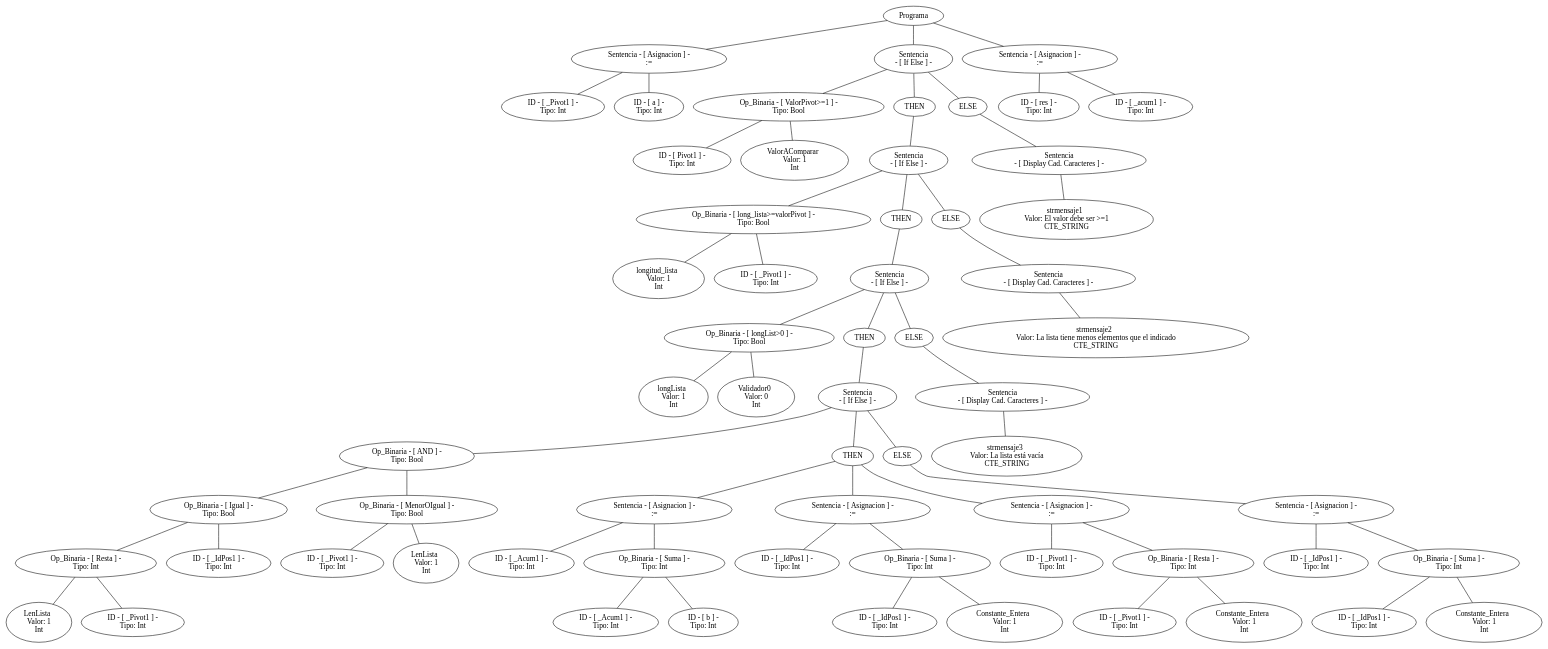
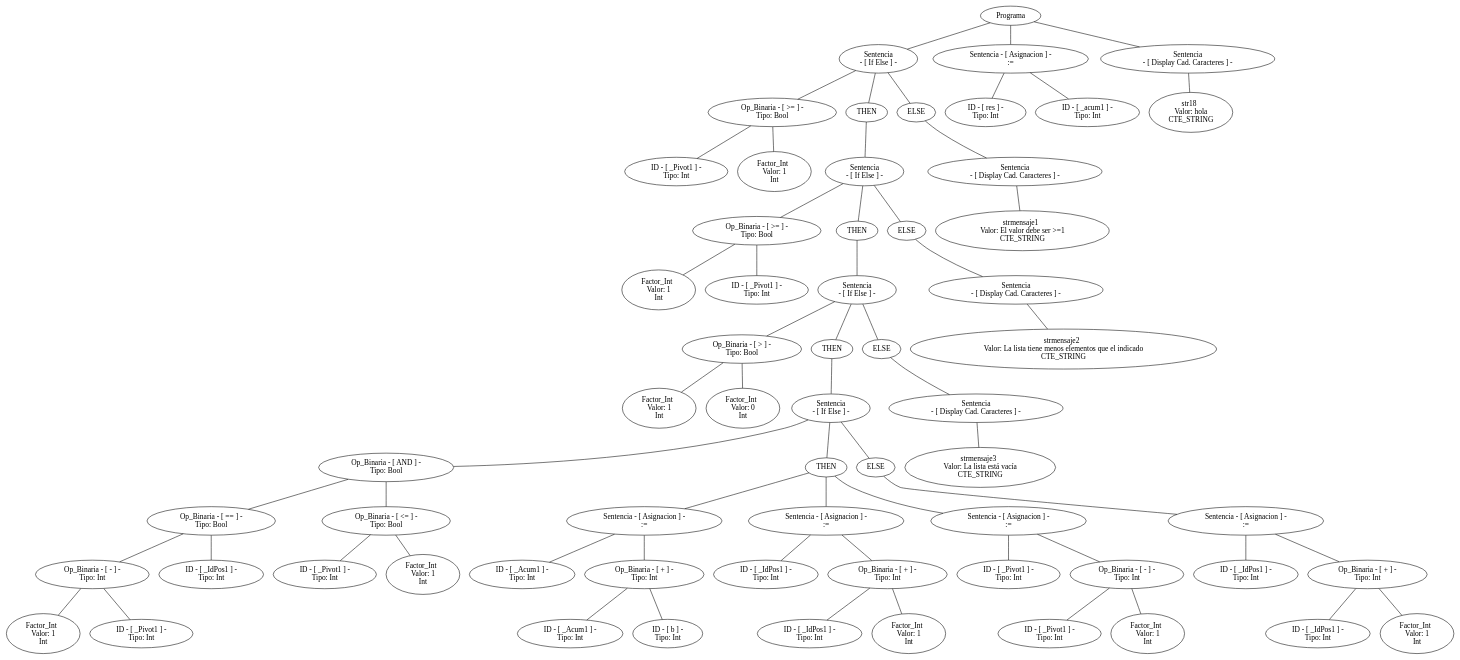
One commit to SantiPerez17/Compiladores changed the diagram in arbol.dot. Above: the diagram before and after it, drawn with Graphviz. The commit also changed 11 other files, not shown here.

```diff
--- a/arbol.dot
+++ b/arbol.dot
@@ -1,192 +1,190 @@
 graph G {nodo_programa[label="Programa"]
-nodo_896268159[label="Sentencia - [ Asignacion ] -
- :="]
-nodo_programa--nodo_896268159
-nodo_1150370672[label=" ID - [ _Pivot1 ] - 
+nodo_1452793849[label="Sentencia
+ - [ If Else ] -"]
+nodo_programa--nodo_1452793849
+nodo_354334149[label=" Op_Binaria - [ >= ] - 
+ Tipo: Bool"]
+nodo_1452793849--nodo_354334149
+nodo_362329660[label=" ID - [ _Pivot1 ] - 
  Tipo: Int"]
-nodo_896268159--nodo_1150370672
-nodo_1552440805[label=" ID - [ a ] - 
- Tipo: Int"]
-nodo_896268159--nodo_1552440805
-nodo_1806417579[label="Sentencia
- - [ If Else ] -"]
-nodo_programa--nodo_1806417579
-nodo_921042101[label=" Op_Binaria - [ ValorPivot>=1 ] - 
- Tipo: Bool"]
-nodo_1806417579--nodo_921042101
-nodo_1558127897[label=" ID - [ Pivot1 ] - 
- Tipo: Int"]
-nodo_921042101--nodo_1558127897
-nodo_303789873[label="ValorAComparar  
+nodo_354334149--nodo_362329660
+nodo_1794497451[label="Factor_Int  
  Valor: 1 
 Int"]
-nodo_921042101--nodo_303789873
-nodo_18064175791[label="THEN"]
-nodo_1806417579--nodo_18064175791
-nodo_619961663[label="Sentencia
+nodo_354334149--nodo_1794497451
+nodo_14527938491[label="THEN"]
+nodo_1452793849--nodo_14527938491
+nodo_49654043[label="Sentencia
  - [ If Else ] -"]
-nodo_18064175791--nodo_619961663
-nodo_1038781760[label=" Op_Binaria - [ long_lista>=valorPivot ] - 
+nodo_14527938491--nodo_49654043
+nodo_1646625821[label=" Op_Binaria - [ >= ] - 
  Tipo: Bool"]
-nodo_619961663--nodo_1038781760
-nodo_406360073[label="longitud_lista  
+nodo_49654043--nodo_1646625821
+nodo_853342003[label="Factor_Int  
  Valor: 1 
 Int"]
-nodo_1038781760--nodo_406360073
-nodo_1372835520[label=" ID - [ _Pivot1 ] - 
+nodo_1646625821--nodo_853342003
+nodo_1982876224[label=" ID - [ _Pivot1 ] - 
  Tipo: Int"]
-nodo_1038781760--nodo_1372835520
-nodo_6199616631[label="THEN"]
-nodo_619961663--nodo_6199616631
-nodo_1802763232[label="Sentencia
+nodo_1646625821--nodo_1982876224
+nodo_496540431[label="THEN"]
+nodo_49654043--nodo_496540431
+nodo_1495435500[label="Sentencia
  - [ If Else ] -"]
-nodo_6199616631--nodo_1802763232
-nodo_43707203[label=" Op_Binaria - [ longList>0 ] - 
+nodo_496540431--nodo_1495435500
+nodo_392821433[label=" Op_Binaria - [ > ] - 
  Tipo: Bool"]
-nodo_1802763232--nodo_43707203
-nodo_1593744321[label="longLista  
+nodo_1495435500--nodo_392821433
+nodo_1113186824[label="Factor_Int  
  Valor: 1 
 Int"]
-nodo_43707203--nodo_1593744321
-nodo_294976272[label="Validador0  
+nodo_392821433--nodo_1113186824
+nodo_919589449[label="Factor_Int  
  Valor: 0 
 Int"]
-nodo_43707203--nodo_294976272
-nodo_18027632321[label="THEN"]
-nodo_1802763232--nodo_18027632321
-nodo_1699528249[label="Sentencia
+nodo_392821433--nodo_919589449
+nodo_14954355001[label="THEN"]
+nodo_1495435500--nodo_14954355001
+nodo_2070370708[label="Sentencia
  - [ If Else ] -"]
-nodo_18027632321--nodo_1699528249
-nodo_819564832[label=" Op_Binaria - [ AND ] - 
+nodo_14954355001--nodo_2070370708
+nodo_587450483[label=" Op_Binaria - [ AND ] - 
  Tipo: Bool"]
-nodo_1699528249--nodo_819564832
-nodo_441660521[label=" Op_Binaria - [ Igual ] - 
+nodo_2070370708--nodo_587450483
+nodo_776415161[label=" Op_Binaria - [ == ] - 
  Tipo: Bool"]
-nodo_819564832--nodo_441660521
-nodo_740884552[label=" Op_Binaria - [ Resta ] - 
+nodo_587450483--nodo_776415161
+nodo_1716708770[label=" Op_Binaria - [ - ] - 
  Tipo: Int"]
-nodo_441660521--nodo_740884552
-nodo_739561090[label="LenLista  
+nodo_776415161--nodo_1716708770
+nodo_658029317[label="Factor_Int  
  Valor: 1 
 Int"]
-nodo_740884552--nodo_739561090
-nodo_1345854129[label=" ID - [ _Pivot1 ] - 
+nodo_1716708770--nodo_658029317
+nodo_440778689[label=" ID - [ _Pivot1 ] - 
  Tipo: Int"]
-nodo_740884552--nodo_1345854129
-nodo_1397460131[label=" ID - [ _IdPos1 ] - 
+nodo_1716708770--nodo_440778689
+nodo_220740063[label=" ID - [ _IdPos1 ] - 
  Tipo: Int"]
-nodo_441660521--nodo_1397460131
-nodo_923069890[label=" Op_Binaria - [ MenorOIgual ] - 
+nodo_776415161--nodo_220740063
+nodo_2091295277[label=" Op_Binaria - [ <= ] - 
  Tipo: Bool"]
-nodo_819564832--nodo_923069890
-nodo_1030641022[label=" ID - [ _Pivot1 ] - 
+nodo_587450483--nodo_2091295277
+nodo_505732655[label=" ID - [ _Pivot1 ] - 
  Tipo: Int"]
-nodo_923069890--nodo_1030641022
-nodo_764620272[label="LenLista  
+nodo_2091295277--nodo_505732655
+nodo_690540957[label="Factor_Int  
  Valor: 1 
 Int"]
-nodo_923069890--nodo_764620272
-nodo_16995282491[label="THEN"]
-nodo_1699528249--nodo_16995282491
-nodo_582128245[label="Sentencia - [ Asignacion ] -
+nodo_2091295277--nodo_690540957
+nodo_20703707081[label="THEN"]
+nodo_2070370708--nodo_20703707081
+nodo_1694688166[label="Sentencia - [ Asignacion ] -
  :="]
-nodo_16995282491--nodo_582128245
-nodo_851968284[label=" ID - [ _Acum1 ] - 
+nodo_20703707081--nodo_1694688166
+nodo_754750177[label=" ID - [ _Acum1 ] - 
  Tipo: Int"]
-nodo_582128245--nodo_851968284
-nodo_2101503902[label=" Op_Binaria - [ Suma ] - 
+nodo_1694688166--nodo_754750177
+nodo_336717047[label=" Op_Binaria - [ + ] - 
  Tipo: Int"]
-nodo_582128245--nodo_2101503902
-nodo_1225406827[label=" ID - [ _Acum1 ] - 
+nodo_1694688166--nodo_336717047
+nodo_2069527505[label=" ID - [ _Acum1 ] - 
  Tipo: Int"]
-nodo_2101503902--nodo_1225406827
-nodo_1758605154[label=" ID - [ b ] - 
+nodo_336717047--nodo_2069527505
+nodo_821037884[label=" ID - [ b ] - 
  Tipo: Int"]
-nodo_2101503902--nodo_1758605154
-nodo_2141010693[label="Sentencia - [ Asignacion ] -
+nodo_336717047--nodo_821037884
+nodo_154642639[label="Sentencia - [ Asignacion ] -
  :="]
-nodo_16995282491--nodo_2141010693
-nodo_221189387[label=" ID - [ _IdPos1 ] - 
+nodo_20703707081--nodo_154642639
+nodo_1100236946[label=" ID - [ _IdPos1 ] - 
  Tipo: Int"]
-nodo_2141010693--nodo_221189387
-nodo_1665138087[label=" Op_Binaria - [ Suma ] - 
+nodo_154642639--nodo_1100236946
+nodo_1513695755[label=" Op_Binaria - [ + ] - 
  Tipo: Int"]
-nodo_2141010693--nodo_1665138087
-nodo_2070303178[label=" ID - [ _IdPos1 ] - 
+nodo_154642639--nodo_1513695755
+nodo_1922385518[label=" ID - [ _IdPos1 ] - 
  Tipo: Int"]
-nodo_1665138087--nodo_2070303178
-nodo_1840584880[label="Constante_Entera  
+nodo_1513695755--nodo_1922385518
+nodo_1188100387[label="Factor_Int  
  Valor: 1 
 Int"]
-nodo_1665138087--nodo_1840584880
-nodo_407363392[label="Sentencia - [ Asignacion ] -
+nodo_1513695755--nodo_1188100387
+nodo_635693491[label="Sentencia - [ Asignacion ] -
  :="]
-nodo_16995282491--nodo_407363392
-nodo_67750698[label=" ID - [ _Pivot1 ] - 
+nodo_20703707081--nodo_635693491
+nodo_916059766[label=" ID - [ _Pivot1 ] - 
  Tipo: Int"]
-nodo_407363392--nodo_67750698
-nodo_1294479968[label=" Op_Binaria - [ Resta ] - 
+nodo_635693491--nodo_916059766
+nodo_1852268797[label=" Op_Binaria - [ - ] - 
  Tipo: Int"]
-nodo_407363392--nodo_1294479968
-nodo_144561133[label=" ID - [ _Pivot1 ] - 
+nodo_635693491--nodo_1852268797
+nodo_792696307[label=" ID - [ _Pivot1 ] - 
  Tipo: Int"]
-nodo_1294479968--nodo_144561133
-nodo_772186209[label="Constante_Entera  
+nodo_1852268797--nodo_792696307
+nodo_363548630[label="Factor_Int  
  Valor: 1 
 Int"]
-nodo_1294479968--nodo_772186209
-nodo_16995282492[label="ELSE"]
-nodo_1699528249--nodo_16995282492
-nodo_1687977488[label="Sentencia - [ Asignacion ] -
+nodo_1852268797--nodo_363548630
+nodo_20703707082[label="ELSE"]
+nodo_2070370708--nodo_20703707082
+nodo_1819812179[label="Sentencia - [ Asignacion ] -
  :="]
-nodo_16995282492--nodo_1687977488
-nodo_1747712977[label=" ID - [ _IdPos1 ] - 
+nodo_20703707082--nodo_1819812179
+nodo_961402025[label=" ID - [ _IdPos1 ] - 
  Tipo: Int"]
-nodo_1687977488--nodo_1747712977
-nodo_240078722[label=" Op_Binaria - [ Suma ] - 
+nodo_1819812179--nodo_961402025
+nodo_1779326590[label=" Op_Binaria - [ + ] - 
  Tipo: Int"]
-nodo_1687977488--nodo_240078722
-nodo_366076802[label=" ID - [ _IdPos1 ] - 
+nodo_1819812179--nodo_1779326590
+nodo_630487318[label=" ID - [ _IdPos1 ] - 
  Tipo: Int"]
-nodo_240078722--nodo_366076802
-nodo_305816534[label="Constante_Entera  
+nodo_1779326590--nodo_630487318
+nodo_147568206[label="Factor_Int  
  Valor: 1 
 Int"]
-nodo_240078722--nodo_305816534
-nodo_18027632322[label="ELSE"]
-nodo_1802763232--nodo_18027632322
-nodo_637069107[label="Sentencia
+nodo_1779326590--nodo_147568206
+nodo_14954355002[label="ELSE"]
+nodo_1495435500--nodo_14954355002
+nodo_1609876322[label="Sentencia
  - [ Display Cad. Caracteres ] -"]
-nodo_18027632322--nodo_637069107
-nodo_1371508561[label="strmensaje3  
+nodo_14954355002--nodo_1609876322
+nodo_1192332108[label="strmensaje3  
  Valor: La lista está vacía 
 CTE_STRING"]
-nodo_637069107--nodo_1371508561
-nodo_6199616632[label="ELSE"]
-nodo_619961663--nodo_6199616632
-nodo_1265154839[label="Sentencia
+nodo_1609876322--nodo_1192332108
+nodo_496540432[label="ELSE"]
+nodo_49654043--nodo_496540432
+nodo_1103824497[label="Sentencia
  - [ Display Cad. Caracteres ] -"]
-nodo_6199616632--nodo_1265154839
-nodo_177030527[label="strmensaje2  
+nodo_496540432--nodo_1103824497
+nodo_350728640[label="strmensaje2  
  Valor: La lista tiene menos elementos que el indicado 
 CTE_STRING"]
-nodo_1265154839--nodo_177030527
-nodo_18064175792[label="ELSE"]
-nodo_1806417579--nodo_18064175792
-nodo_1756293730[label="Sentencia
+nodo_1103824497--nodo_350728640
+nodo_14527938492[label="ELSE"]
+nodo_1452793849--nodo_14527938492
+nodo_1836158957[label="Sentencia
  - [ Display Cad. Caracteres ] -"]
-nodo_18064175792--nodo_1756293730
-nodo_1170613537[label="strmensaje1  
+nodo_14527938492--nodo_1836158957
+nodo_644948708[label="strmensaje1  
  Valor: El valor debe ser >=1 
 CTE_STRING"]
-nodo_1756293730--nodo_1170613537
-nodo_1072397057[label="Sentencia - [ Asignacion ] -
+nodo_1836158957--nodo_644948708
+nodo_1707355582[label="Sentencia - [ Asignacion ] -
  :="]
-nodo_programa--nodo_1072397057
-nodo_1266192013[label=" ID - [ res ] - 
+nodo_programa--nodo_1707355582
+nodo_1066422485[label=" ID - [ res ] - 
  Tipo: Int"]
-nodo_1072397057--nodo_1266192013
-nodo_725519392[label=" ID - [ _acum1 ] - 
+nodo_1707355582--nodo_1066422485
+nodo_382766934[label=" ID - [ _acum1 ] - 
  Tipo: Int"]
-nodo_1072397057--nodo_725519392
+nodo_1707355582--nodo_382766934
+nodo_21768459[label="Sentencia
+ - [ Display Cad. Caracteres ] -"]
+nodo_programa--nodo_21768459
+nodo_2000643206[label="str18  
+ Valor: hola 
+CTE_STRING"]
+nodo_21768459--nodo_2000643206
 }
```
